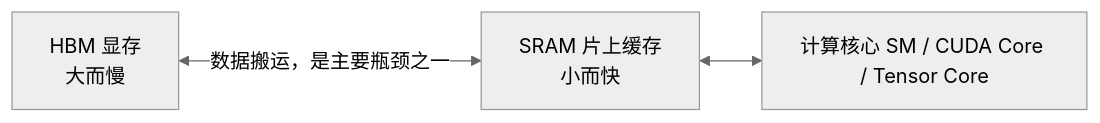
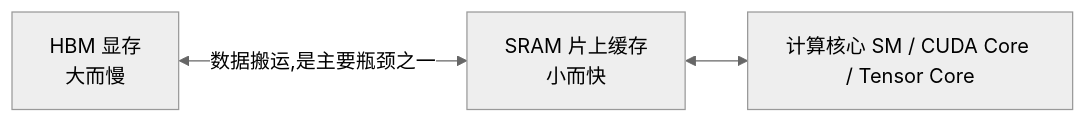
One commit to AI-learning-simple/Build-Your-Own-LLM changed the second of 5 diagrams in 2. Alignment 与训练工程/6. GPU 基础与算子——为什么理解硬件，才能真正理解训练与推理工程.md. Above: the diagram before and after it, drawn with Mermaid (neutral theme). The commit also changed other lines of this file and 41 other files, not shown here.

````diff
--- a/2. Alignment 与训练工程/6. GPU 基础与算子——为什么理解硬件，才能真正理解训练与推理工程.md
+++ b/2. Alignment 与训练工程/6. GPU 基础与算子——为什么理解硬件，才能真正理解训练与推理工程.md
@@ -52,5 +50,5 @@
 ```mermaid
 flowchart LR
-    A[HBM 显存<br/>大而慢] <-->|数据搬运，是主要瓶颈之一| B[SRAM 片上缓存<br/>小而快]
+    A[HBM 显存<br/>大而慢] <-->|"数据搬运,是主要瓶颈之一"| B[SRAM 片上缓存<br/>小而快]
     B <--> C[计算核心 SM / CUDA Core / Tensor Core]
 ```
````
